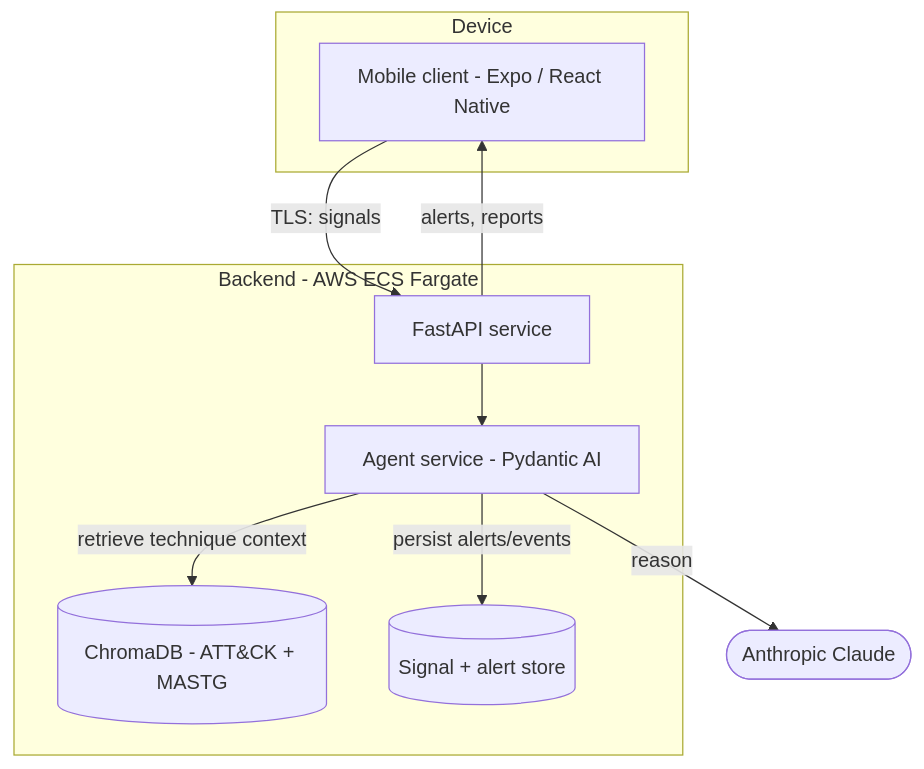
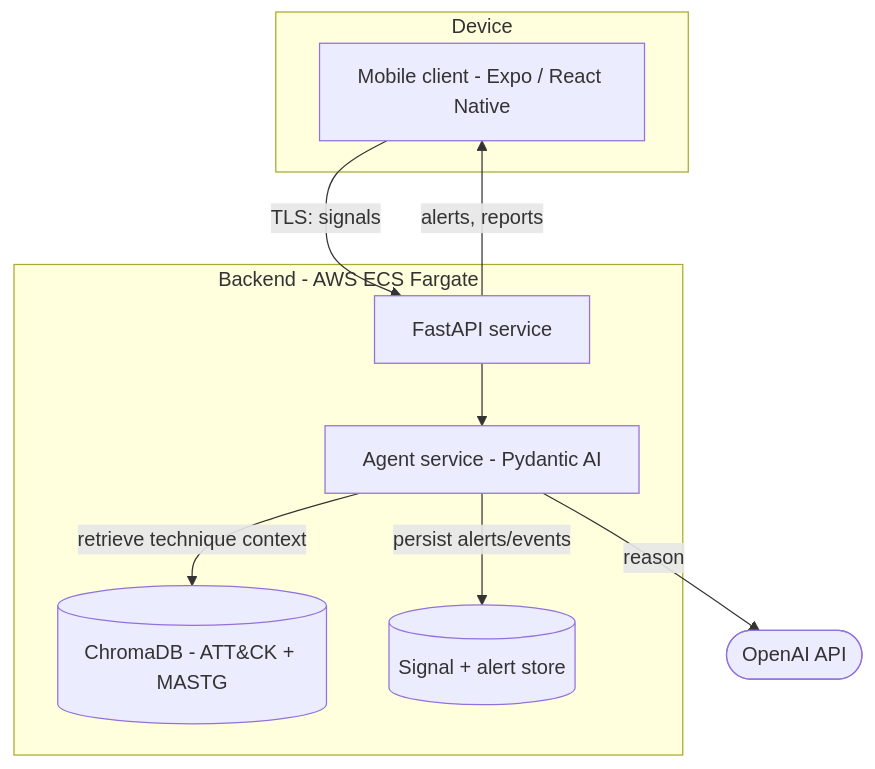
Before and after one commit to naratech-eng/mobile-ai-soc-analyst: the second of 3 diagrams in docs/engineering/architecture.md, drawn with Mermaid. The commit also changed other lines of this file and 5 other files, not shown here.

First line of the commit message:
Switch LLM provider from Anthropic to OpenAI in docs

````diff
--- a/docs/engineering/architecture.md
+++ b/docs/engineering/architecture.md
@@ -33,20 +33,20 @@
 ```mermaid
 flowchart TB
     subgraph Device
         MC[Mobile client - Expo / React Native]
     end
     subgraph Cloud[Backend - AWS ECS Fargate]
         API[FastAPI service]
         AG[Agent service - Pydantic AI]
         RAG[(ChromaDB - ATT&CK + MASTG)]
         LOG[(Signal + alert store)]
     end
-    LLM([Anthropic Claude])
+    LLM([OpenAI API])
 
     MC -->|TLS: signals| API
     API --> AG
     AG -->|retrieve technique context| RAG
     AG -->|reason| LLM
     AG -->|persist alerts/events| LOG
     API -->|alerts, reports| MC
 ```
````
